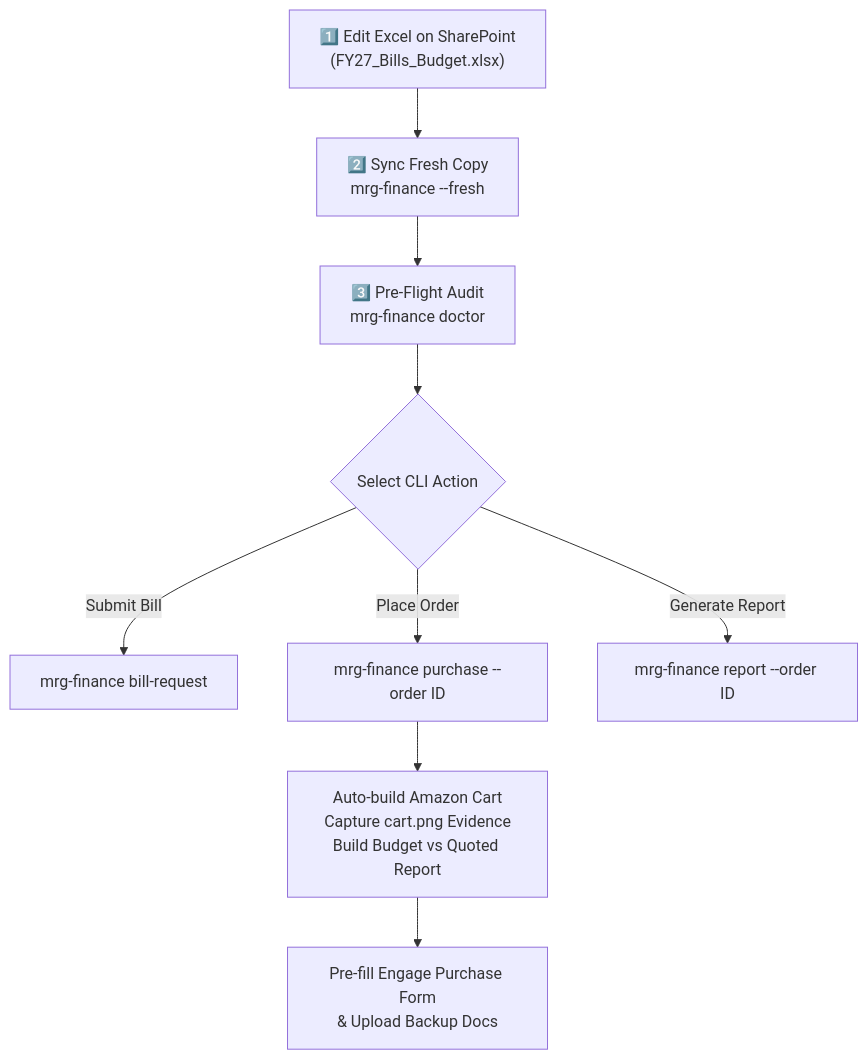
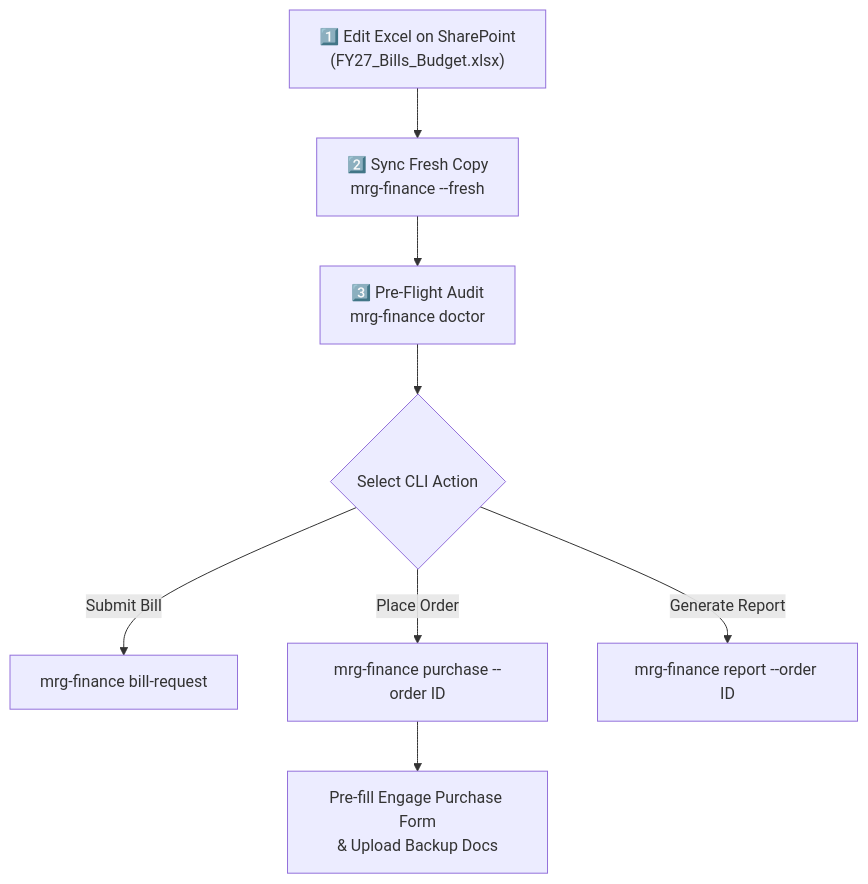
Before and after one commit to gt-marine-robotics-group/finance: the diagram in README.md, drawn with Mermaid.

Commit message:
Remove intermediate box after Place Order in Mermaid flowchart in README.md

````diff
--- a/README.md
+++ b/README.md
@@ -79,11 +79,10 @@
 ```mermaid
 flowchart TD
     A["1️⃣ Edit Excel on SharePoint<br/>(FY27_Bills_Budget.xlsx)"] --> B["2️⃣ Sync Fresh Copy<br/>mrg-finance --fresh"]
     B --> C["3️⃣ Pre-Flight Audit<br/>mrg-finance doctor"]
     C --> D{"Select CLI Action"}
     D -->|"Submit Bill"| E["mrg-finance bill-request"]
     D -->|"Place Order"| F["mrg-finance purchase --order ID"]
     D -->|"Generate Report"| G["mrg-finance report --order ID"]
-    F --> H["Auto-build Amazon Cart<br/>Capture cart.png Evidence<br/>Build Budget vs Quoted Report"]
-    H --> I["Pre-fill Engage Purchase Form<br/>& Upload Backup Docs"]
+    F --> I["Pre-fill Engage Purchase Form<br/>& Upload Backup Docs"]
 ```
````
